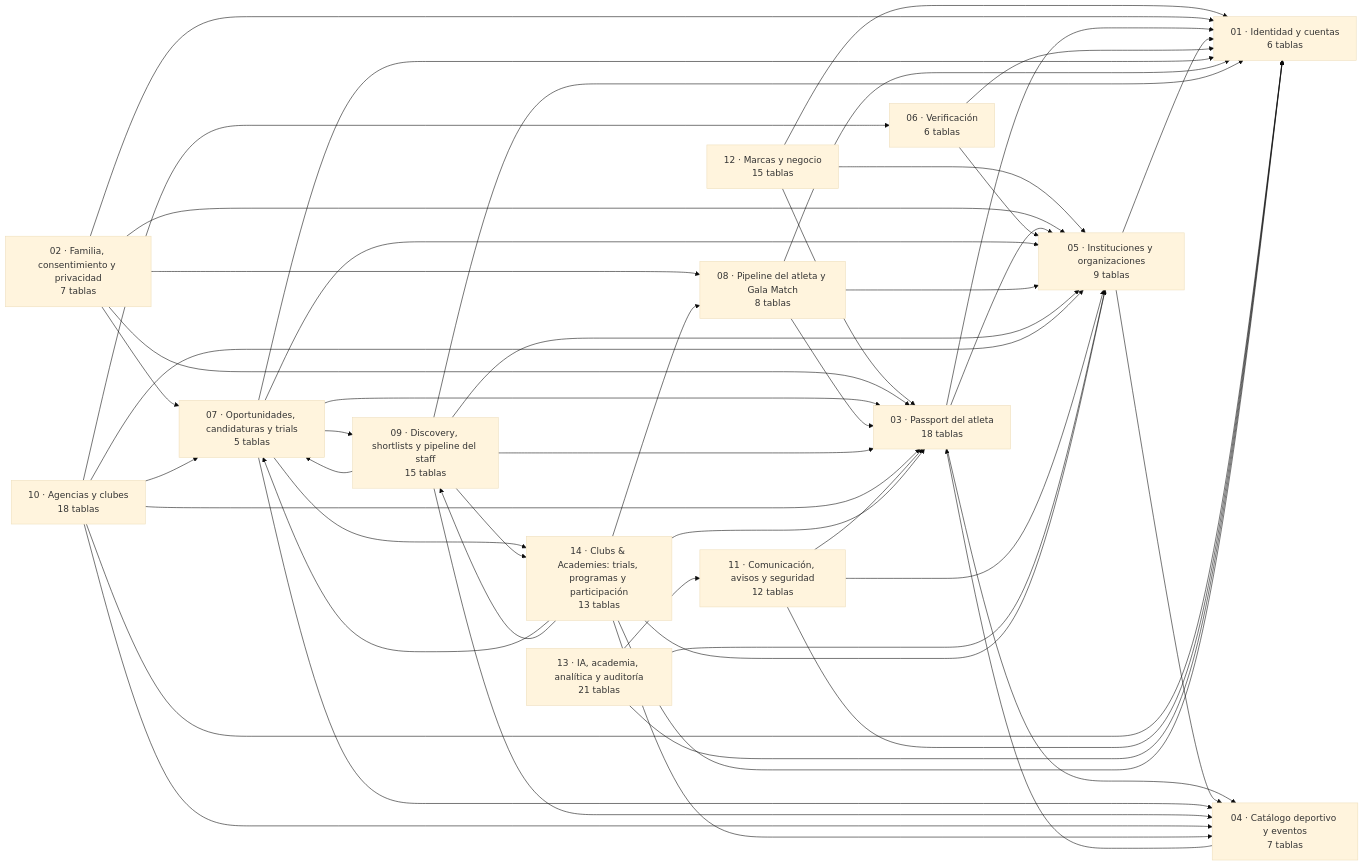
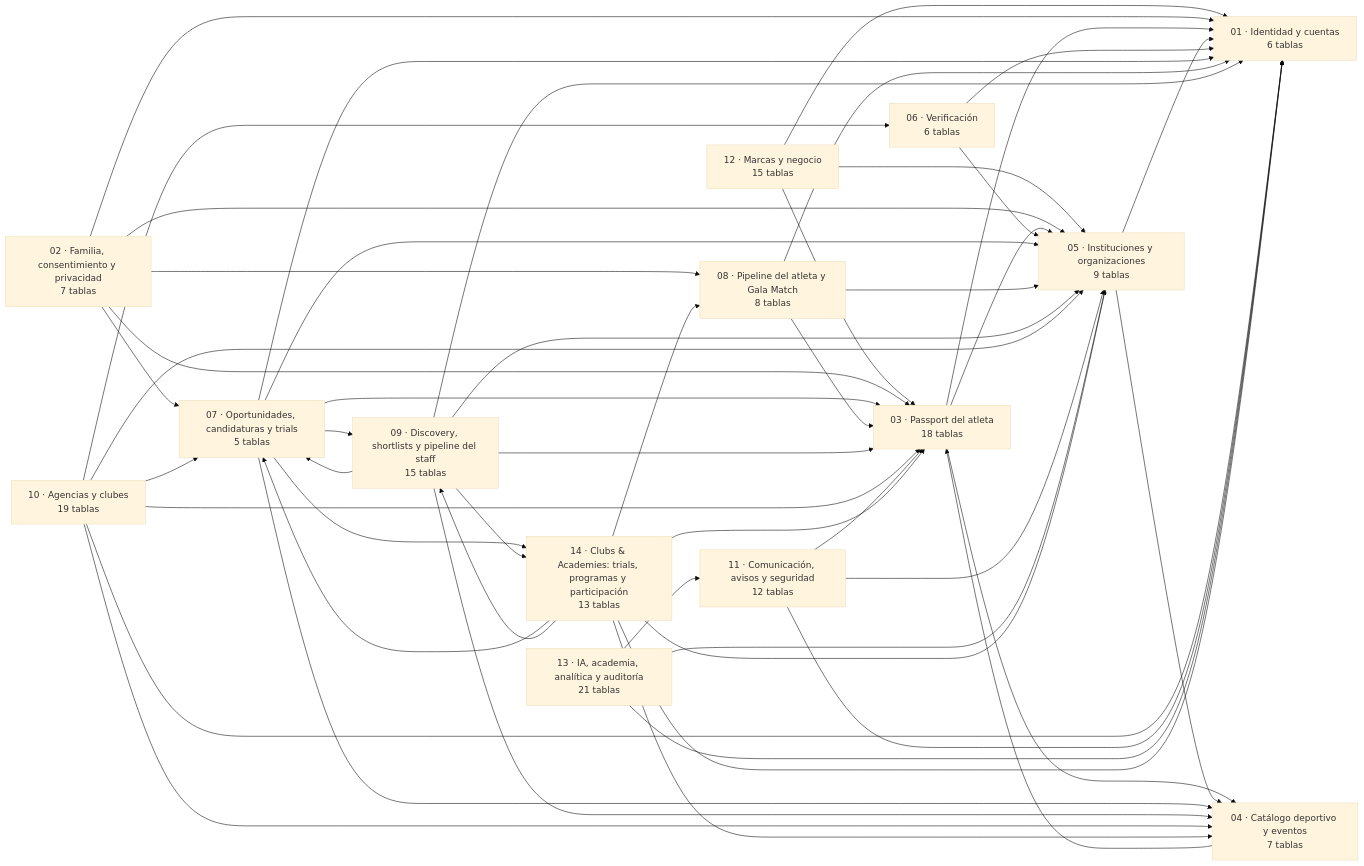
One commit to Galacamarena9/THE-GALA-ALLIANCE changed the first of 2 diagrams in docs/erd/00-MASTER.md. Above: the diagram before and after it, drawn with Mermaid (base theme). The commit also changed other lines of this file and 4 other files, not shown here.

First line of the commit message:
Cataloga agency_athlete_invites en el ERD

````diff
--- a/docs/erd/00-MASTER.md
+++ b/docs/erd/00-MASTER.md
@@ -13,67 +13,67 @@
 ```mermaid
 flowchart LR
   D01["01 · Identidad y cuentas<br>6 tablas"]
   D02["02 · Familia, consentimiento y privacidad<br>7 tablas"]
   D03["03 · Passport del atleta<br>18 tablas"]
   D04["04 · Catálogo deportivo y eventos<br>7 tablas"]
   D05["05 · Instituciones y organizaciones<br>9 tablas"]
   D06["06 · Verificación<br>6 tablas"]
   D07["07 · Oportunidades, candidaturas y trials<br>5 tablas"]
   D08["08 · Pipeline del atleta y Gala Match<br>8 tablas"]
   D09["09 · Discovery, shortlists y pipeline del staff<br>15 tablas"]
-  D10["10 · Agencias y clubes<br>18 tablas"]
+  D10["10 · Agencias y clubes<br>19 tablas"]
   D11["11 · Comunicación, avisos y seguridad<br>12 tablas"]
   D12["12 · Marcas y negocio<br>15 tablas"]
   D13["13 · IA, academia, analítica y auditoría<br>21 tablas"]
   D14["14 · Clubs & Academies: trials, programas y participación<br>13 tablas"]
   D12 --> D01
   D12 --> D03
   D12 --> D05
   D02 --> D01
   D02 --> D03
   D02 --> D05
   D02 --> D07
   D02 --> D08
   D03 --> D01
   D03 --> D04
   D03 --> D05
   D04 --> D03
   D05 --> D01
   D05 --> D04
   D06 --> D01
   D06 --> D05
   D07 --> D01
   D07 --> D03
   D07 --> D04
   D07 --> D05
   D07 --> D09
   D07 --> D14
   D08 --> D01
   D08 --> D03
   D08 --> D05
   D09 --> D01
   D09 --> D03
   D09 --> D04
   D09 --> D05
   D09 --> D07
   D09 --> D14
   D10 --> D01
   D10 --> D03
   D10 --> D04
   D10 --> D05
   D10 --> D06
   D10 --> D07
   D11 --> D01
   D11 --> D03
   D11 --> D05
   D13 --> D01
   D13 --> D05
   D13 --> D11
   D14 --> D01
   D14 --> D03
   D14 --> D04
   D14 --> D05
   D14 --> D07
   D14 --> D08
   D14 --> D09
 ```
````
